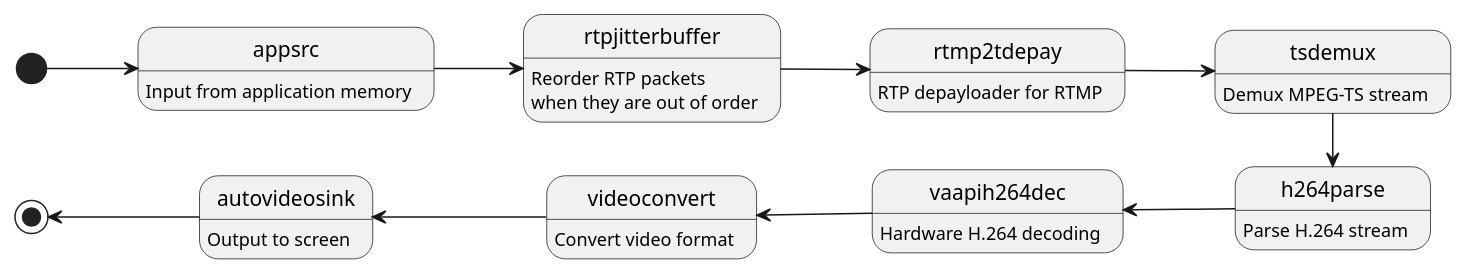
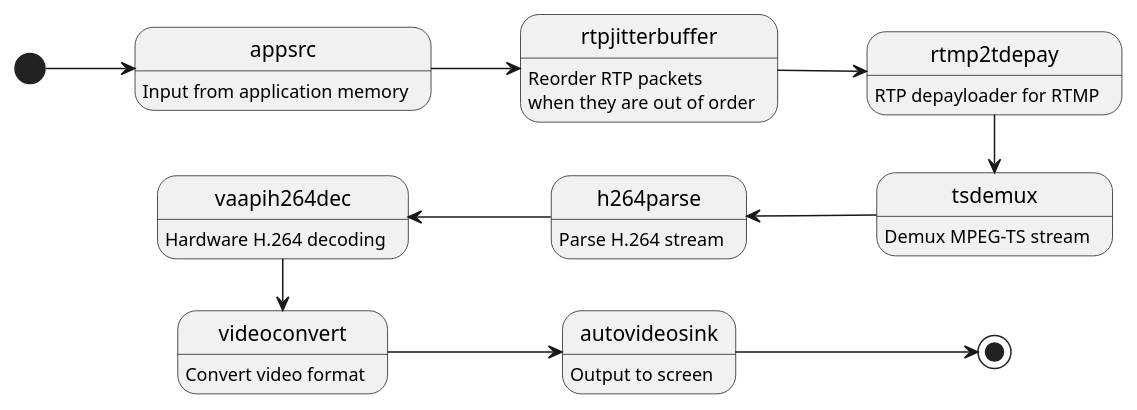
Before and after one commit to Luxuride/distributed-video-streaming-platform-thesis: the diagram in renderer-pipeline.puml, drawn with PlantUML. The commit also changed 3 other files, not shown here.

```diff
--- a/renderer-pipeline.puml
+++ b/renderer-pipeline.puml
@@ -1,20 +1,20 @@
 @startuml
 left to right direction
 [*] --> appsrc
 appsrc: Input from application memory
 appsrc --> rtpjitterbuffer
 rtpjitterbuffer: Reorder RTP packets\nwhen they are out of order
 rtpjitterbuffer --> rtmp2tdepay
 rtmp2tdepay: RTP depayloader for RTMP
-rtmp2tdepay --> tsdemux
+rtmp2tdepay -right-> tsdemux
 tsdemux: Demux MPEG-TS stream
-tsdemux -right-> h264parse
+tsdemux -up-> h264parse
 h264parse: Parse H.264 stream
 h264parse -up-> vaapih264dec
 vaapih264dec: Hardware H.264 decoding
-vaapih264dec -up-> videoconvert
+vaapih264dec -right-> videoconvert
 videoconvert: Convert video format
-videoconvert -up-> autovideosink
+videoconvert --> autovideosink
 autovideosink: Output to screen
-autovideosink -up-> [*]
+autovideosink --> [*]
 @enduml
```
